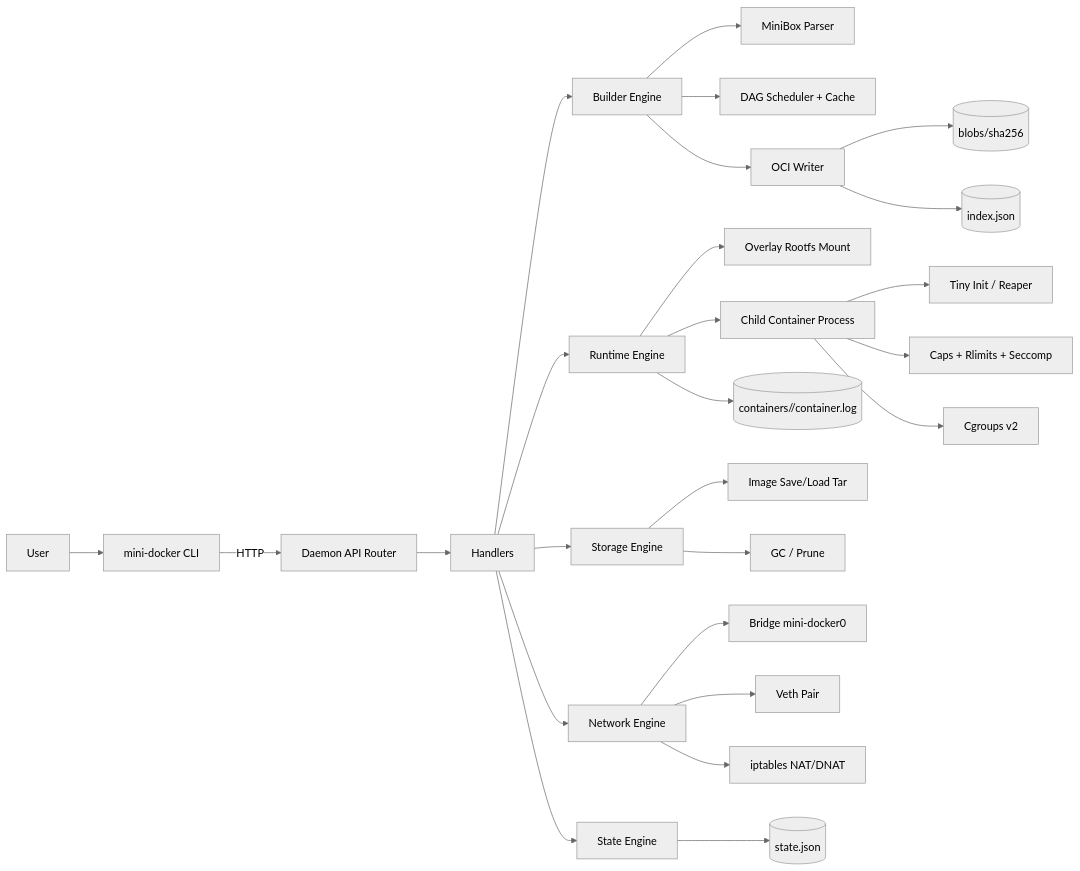
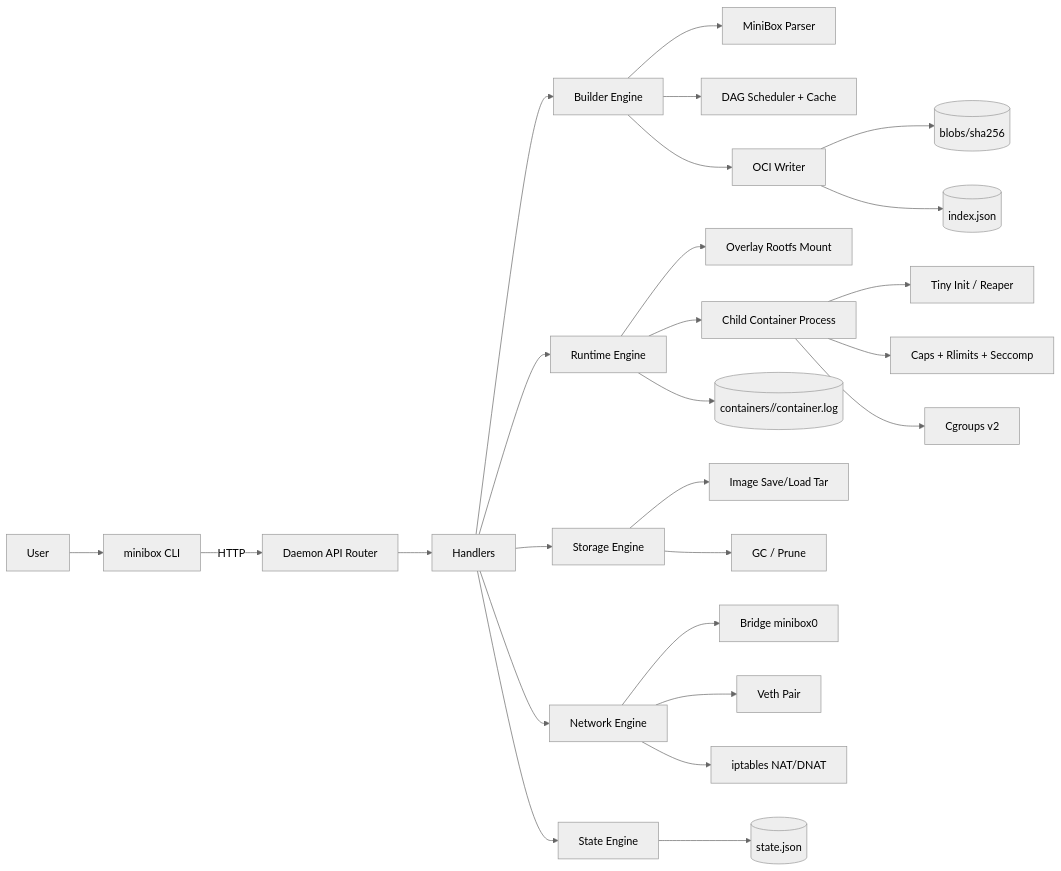
One commit to chaitu426/minibox changed the first of 11 diagrams in docs/ARCHITECTURE_DIAGRAMS.md. Above: the diagram before and after it, drawn with Mermaid (neutral theme). The commit also changed other lines of this file and 28 other files, not shown here.

````diff
--- a/docs/ARCHITECTURE_DIAGRAMS.md
+++ b/docs/ARCHITECTURE_DIAGRAMS.md
@@ -11,35 +11,35 @@
 ```mermaid
 flowchart LR
-    U[User] --> CLI[mini-docker CLI]
+    U[User] --> CLI[minibox CLI]
     CLI -->|HTTP| API[Daemon API Router]
     API --> H[Handlers]
 
     H --> B[Builder Engine]
     H --> R[Runtime Engine]
     H --> S[Storage Engine]
     H --> N[Network Engine]
     H --> ST[State Engine]
 
     B --> P[MiniBox Parser]
     B --> DAG[DAG Scheduler + Cache]
     B --> OCIW[OCI Writer]
 
     OCIW --> BLOBS[(blobs/sha256)]
     OCIW --> INDEX[(index.json)]
 
     R --> ROOTFS[Overlay Rootfs Mount]
     R --> CHILD[Child Container Process]
     CHILD --> INIT[Tiny Init / Reaper]
     CHILD --> SEC[Caps + Rlimits + Seccomp]
     CHILD --> CG[Cgroups v2]
 
-    N --> BR[Bridge mini-docker0]
+    N --> BR[Bridge minibox0]
     N --> VETH[Veth Pair]
     N --> IPT[iptables NAT/DNAT]
 
     ST --> STATE[(state.json)]
     R --> LOGS[(containers/<id>/container.log)]
 
     S --> ARCHIVE[Image Save/Load Tar]
     S --> PRUNE[GC / Prune]
 ```
````
